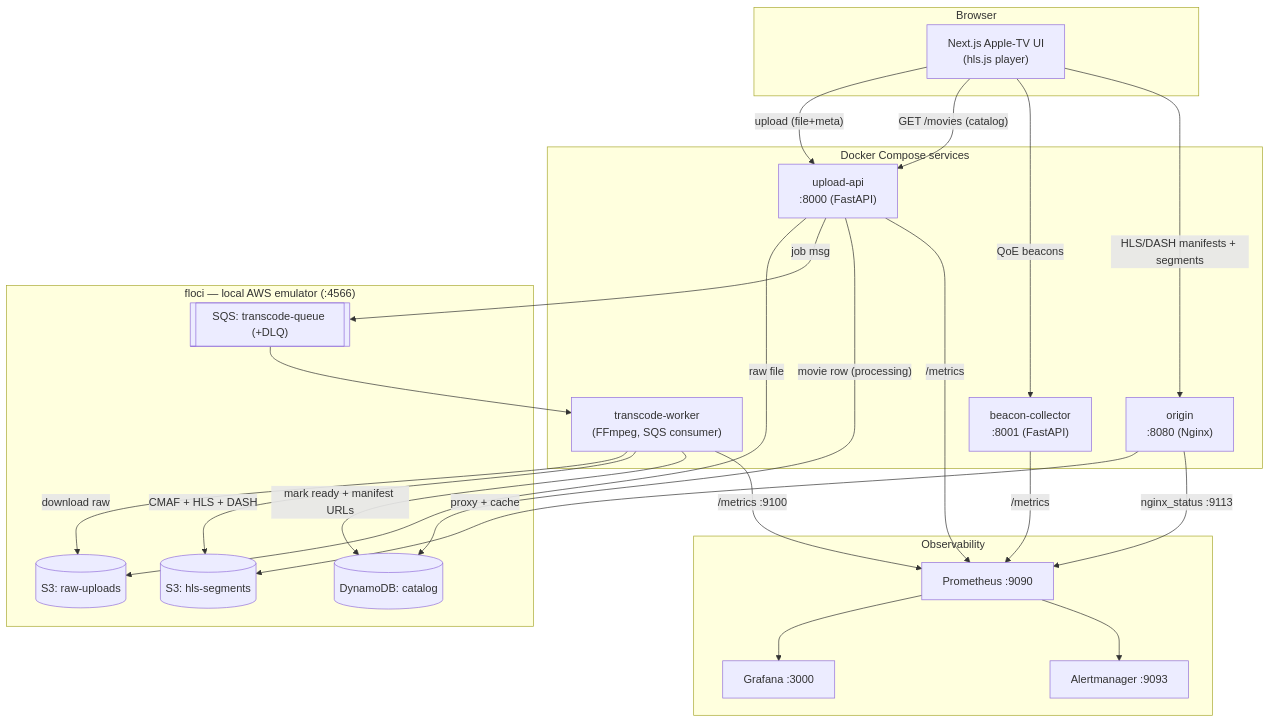
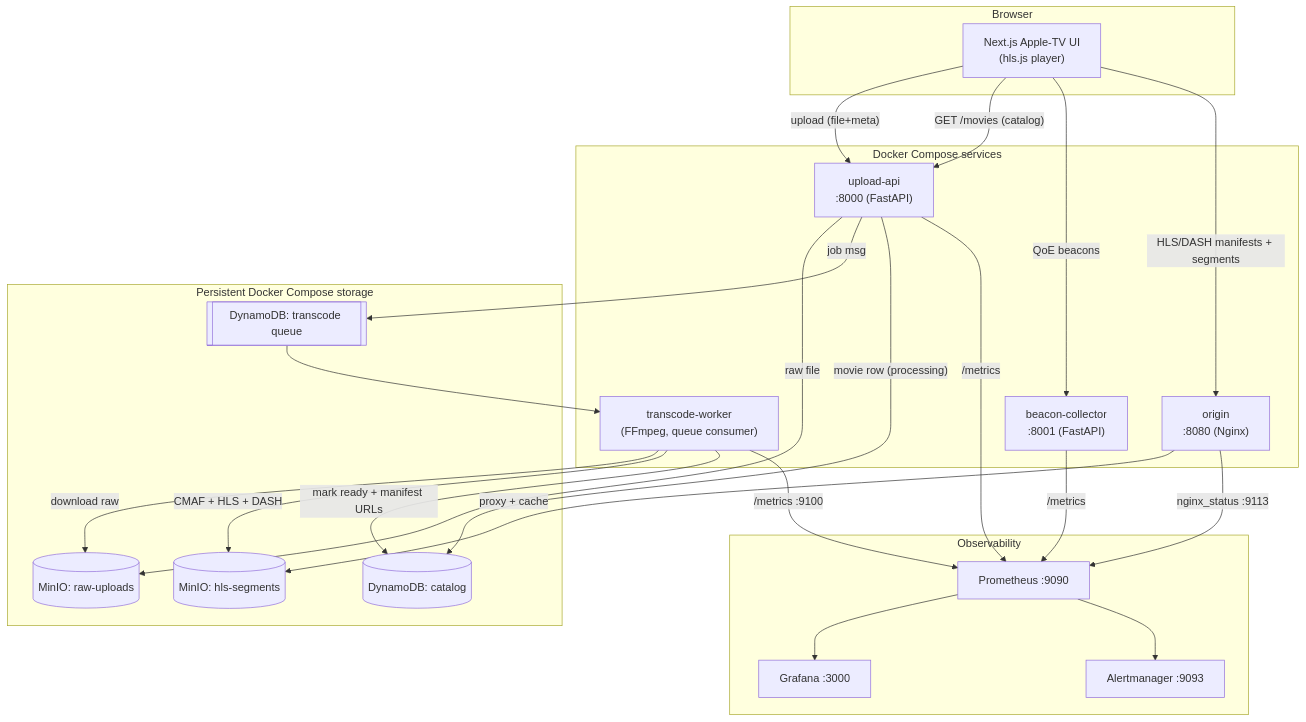
Before and after one commit to ritikZ18/video-streaming-sre: the diagram in docs/architecture.md, drawn with Mermaid. The commit also changed other lines of this file and 2 other files, not shown here.

Commit message:
docs: align deployment model with compose storage

````diff
--- a/docs/architecture.md
+++ b/docs/architecture.md
@@ -15,49 +16,49 @@
 ```mermaid
 flowchart TD
     subgraph Browser
       UI["Next.js Apple-TV UI\n(hls.js player)"]
     end
 
     subgraph Services["Docker Compose services"]
       UP["upload-api\n:8000 (FastAPI)"]
-      TW["transcode-worker\n(FFmpeg, SQS consumer)"]
+      TW["transcode-worker\n(FFmpeg, queue consumer)"]
       OG["origin\n:8080 (Nginx)"]
       BC["beacon-collector\n:8001 (FastAPI)"]
     end
 
-    subgraph floci["floci — local AWS emulator (:4566)"]
-      S3RAW[("S3: raw-uploads")]
-      S3SEG[("S3: hls-segments")]
-      SQS[["SQS: transcode-queue (+DLQ)"]]
+    subgraph Storage["Persistent Docker Compose storage"]
+      S3RAW[("MinIO: raw-uploads")]
+      S3SEG[("MinIO: hls-segments")]
+      QUEUE[["DynamoDB: transcode queue"]]
       DDB[("DynamoDB: catalog")]
     end
 
     subgraph Obs["Observability"]
       PROM["Prometheus :9090"]
       GRAF["Grafana :3000"]
       AM["Alertmanager :9093"]
     end
 
     UI -- "upload (file+meta)" --> UP
     UI -- "GET /movies (catalog)" --> UP
     UI -- "QoE beacons" --> BC
     UI -- "HLS/DASH manifests + segments" --> OG
 
     UP -- "raw file" --> S3RAW
-    UP -- "job msg" --> SQS
+    UP -- "job msg" --> QUEUE
     UP -- "movie row (processing)" --> DDB
 
-    SQS --> TW
+    QUEUE --> TW
     TW -- "download raw" --> S3RAW
     TW -- "CMAF + HLS + DASH" --> S3SEG
     TW -- "mark ready + manifest URLs" --> DDB
 
     OG -- "proxy + cache" --> S3SEG
 
     UP -- "/metrics" --> PROM
     TW -- "/metrics :9100" --> PROM
     BC -- "/metrics" --> PROM
     OG -- "nginx_status :9113" --> PROM
     PROM --> GRAF
     PROM --> AM
 ```
````
